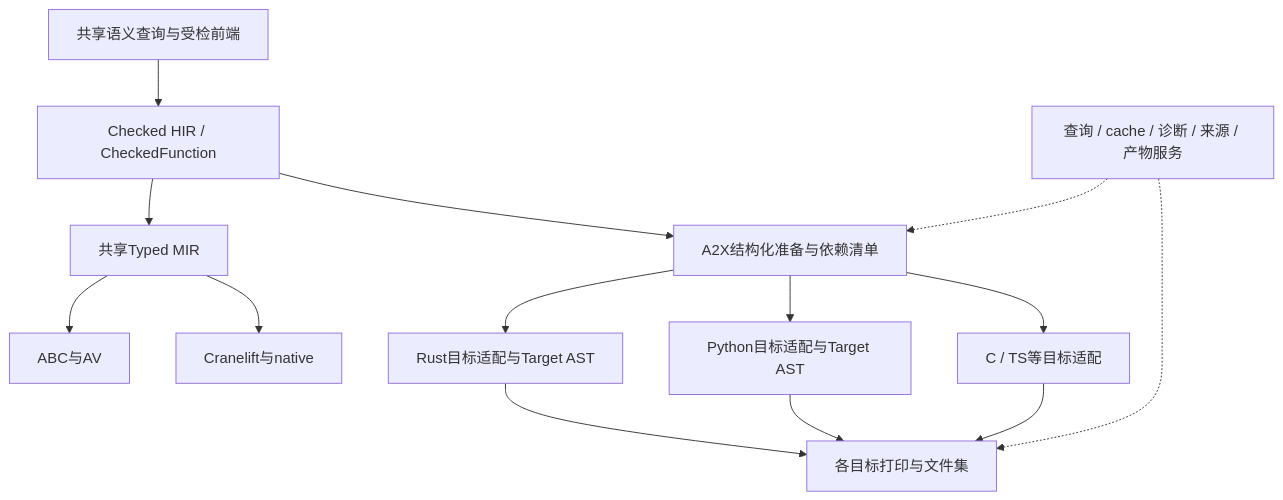
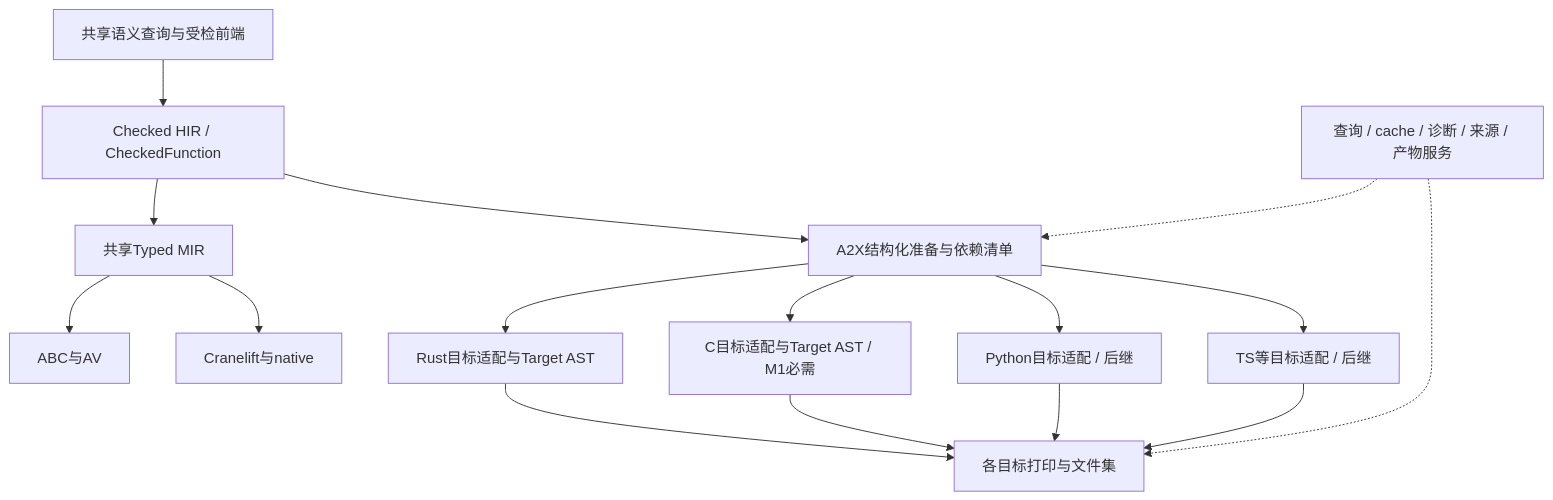
One commit to auto-stack/auto-lang changed the diagram in docs/design/51-shared-a2x-and-hir-to-rust.md. Above: the diagram before and after it, drawn with Mermaid. The commit also changed other lines of this file and 54 other files, not shown here.

Commit message:
docs(plans): 2026-11-03 planning round bookkeeping - PLAN-928/929 plans (r2/r1), M1 gap audit & 927-929 schedule reports, design/roadmap/spec doc updates

````diff
--- a/docs/design/51-shared-a2x-and-hir-to-rust.md
+++ b/docs/design/51-shared-a2x-and-hir-to-rust.md
@@ -25,16 +33,18 @@
 ```mermaid
 flowchart TD
   Q[共享语义查询与受检前端] --> H[Checked HIR / CheckedFunction]
   H --> P[A2X结构化准备与依赖清单]
   H --> M[共享Typed MIR]
   M --> AV[ABC与AV]
   M --> N[Cranelift与native]
   P --> R[Rust目标适配与Target AST]
-  P --> PY[Python目标适配与Target AST]
-  P --> O[C / TS等目标适配]
+  P --> C[C目标适配与Target AST / M1必需]
+  P --> PY[Python目标适配 / 后继]
+  P --> O[TS等目标适配 / 后继]
   R --> OUT[各目标打印与文件集]
+  C --> OUT
   PY --> OUT
   O --> OUT
   S[查询 / cache / 诊断 / 来源 / 产物服务] -.-> P
   S -.-> OUT
 ```
````
